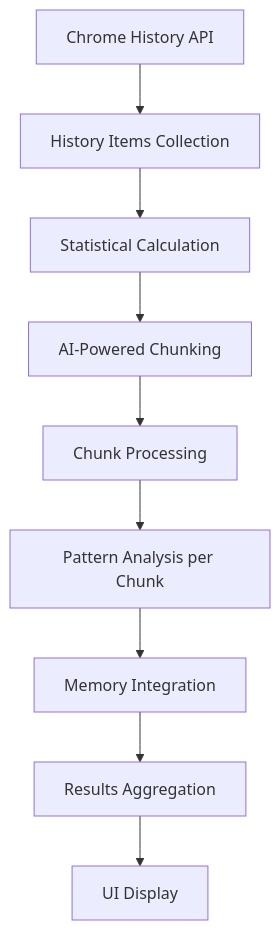
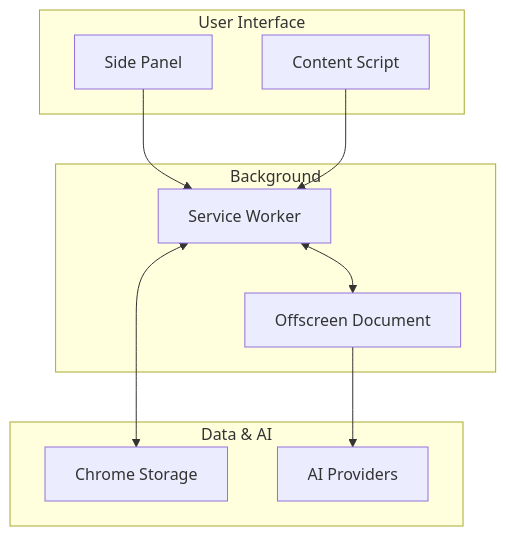
The diagram in ARCHITECTURE.md (kstonekuan/squash-browser-memory), drawn with Mermaid before and after one commit. The commit also changed other lines of this file and 10 other files, not shown here.

First line of the commit message:
feat: add offscreen document for analysis processing

````diff
--- a/ARCHITECTURE.md
+++ b/ARCHITECTURE.md
@@ -71,11 +96,23 @@
 ```mermaid
 graph TD
-    A[Chrome History API] --> B[History Items Collection]
-    B --> C[Statistical Calculation]
-    C --> D[AI-Powered Chunking]
-    D --> E[Chunk Processing]
-    E --> F[Pattern Analysis per Chunk]
-    F --> G[Memory Integration]
-    G --> H[Results Aggregation]
-    H --> I[UI Display]
+    subgraph User Interface
+        A[Side Panel]
+        B[Content Script]
+    end
+
+    subgraph Background
+        C[Service Worker]
+        D[Offscreen Document]
+    end
+
+    subgraph Data & AI
+        E[Chrome Storage]
+        F[AI Providers]
+    end
+
+    A --> C
+    B --> C
+    C <--> D
+    C <--> E
+    D --> F
 ```
````
